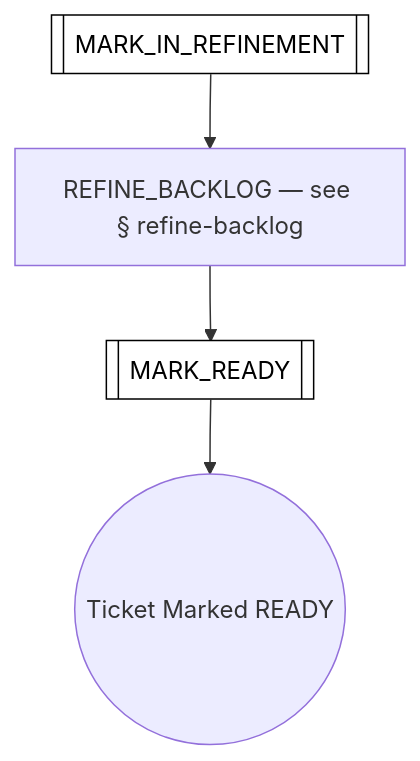
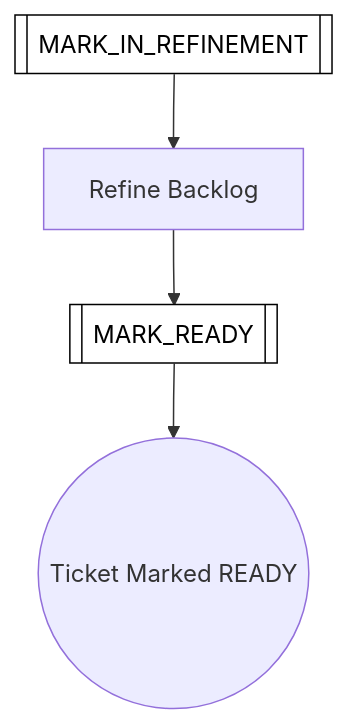
The third of 50 diagrams in docs/process-diagram.md (optivem/gh-optivem), drawn with Mermaid before and after one commit. The commit also changed other lines of this file and 6 other files, not shown here.

````diff
--- a/docs/process-diagram.md
+++ b/docs/process-diagram.md
@@ -78,14 +78,14 @@
 ```mermaid
 flowchart TD
     MARK_IN_REFINEMENT[[MARK_IN_REFINEMENT]]
     MARK_READY[[MARK_READY]]
-    REFINE_BACKLOG[REFINE_BACKLOG — see § refine-backlog]
+    REFINE_BACKLOG[Refine Backlog]
     REFINE_TICKET_END((Ticket Marked READY))
 
     MARK_IN_REFINEMENT --> REFINE_BACKLOG
     REFINE_BACKLOG --> MARK_READY
     MARK_READY --> REFINE_TICKET_END
 
     classDef serviceNode fill:#ffffff,stroke:#000000,stroke-width:1px,color:#000000
     class MARK_IN_REFINEMENT,MARK_READY serviceNode
 ```
````
